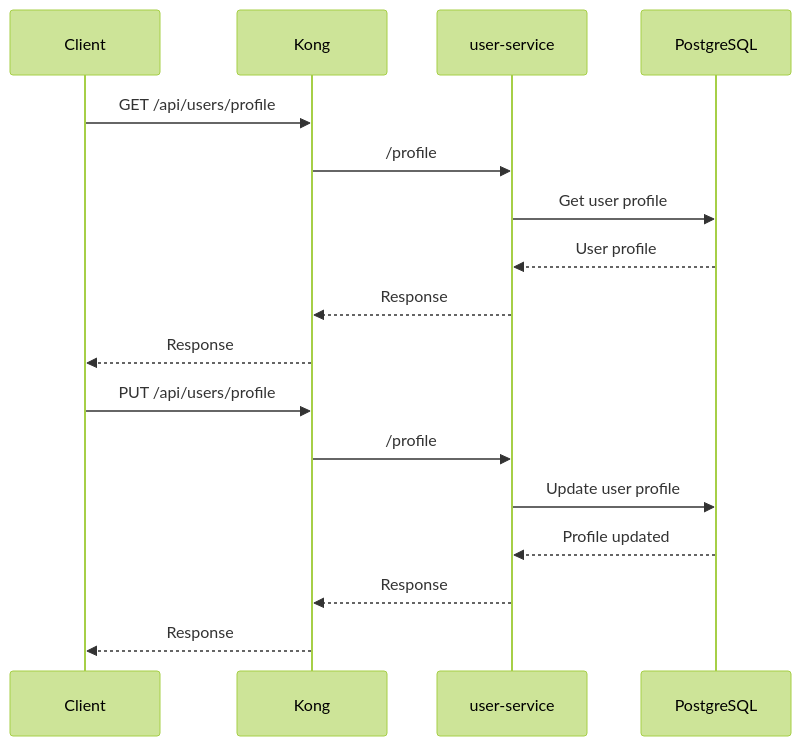
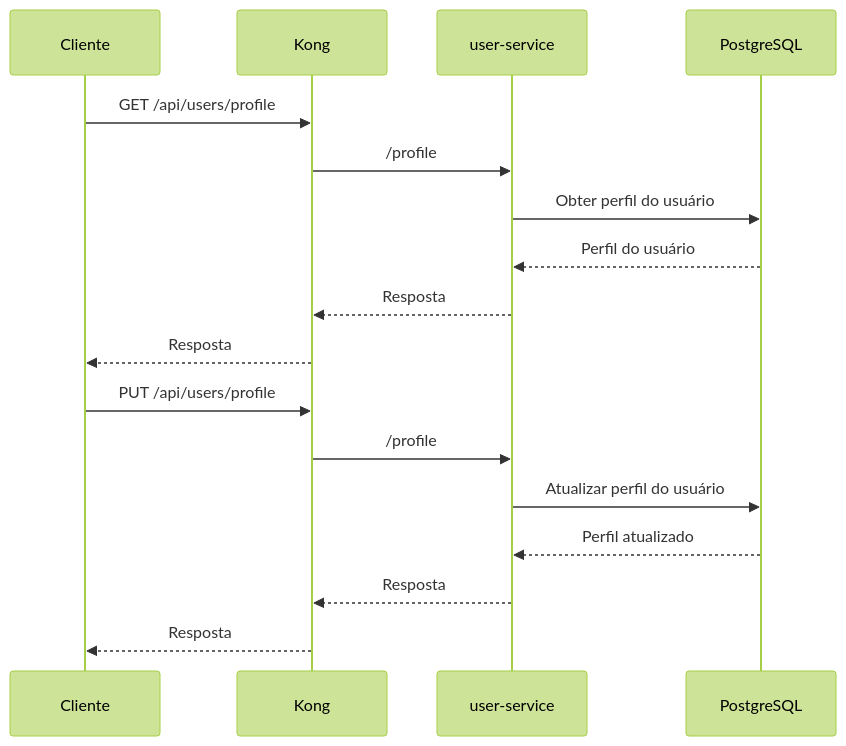
One commit to Thiagoldo/pos-unifametro-backend changed diagram 11 of 16 in docs/diagrams.md. Above: the diagram before and after it, drawn with Mermaid (forest theme). The commit also changed other lines of this file, not shown here.

Commit message:
docs: translate diagrams.md to portuguese

````diff
--- a/docs/diagrams.md
+++ b/docs/diagrams.md
@@ -187,21 +187,21 @@
 ```mermaid
 sequenceDiagram
-    participant Client
+    participant Cliente
     participant Kong
     participant user-service
     participant PostgreSQL
 
-    Client->>Kong: GET /api/users/profile
+    Cliente->>Kong: GET /api/users/profile
     Kong->>user-service: /profile
-    user-service->>PostgreSQL: Get user profile
-    PostgreSQL-->>user-service: User profile
-    user-service-->>Kong: Response
-    Kong-->>Client: Response
+    user-service->>PostgreSQL: Obter perfil do usuário
+    PostgreSQL-->>user-service: Perfil do usuário
+    user-service-->>Kong: Resposta
+    Kong-->>Cliente: Resposta
 
-    Client->>Kong: PUT /api/users/profile
+    Cliente->>Kong: PUT /api/users/profile
     Kong->>user-service: /profile
-    user-service->>PostgreSQL: Update user profile
-    PostgreSQL-->>user-service: Profile updated
-    user-service-->>Kong: Response
-    Kong-->>Client: Response
+    user-service->>PostgreSQL: Atualizar perfil do usuário
+    PostgreSQL-->>user-service: Perfil atualizado
+    user-service-->>Kong: Resposta
+    Kong-->>Cliente: Resposta
 ```
````
